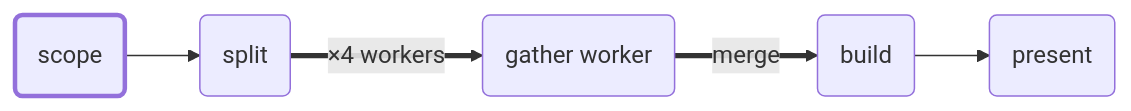
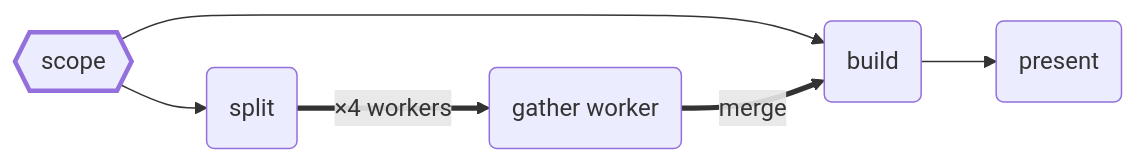
The diagram in docs/assets/agents/src/data-analyst.mmd (GEMISIS/leviath), drawn with Mermaid before and after one commit. The commit also changed 52 other files, not shown here.

```diff
--- a/docs/assets/agents/src/data-analyst.mmd
+++ b/docs/assets/agents/src/data-analyst.mmd
@@ -1,12 +1,13 @@
 flowchart LR
-    scope(scope)
+    scope{{scope}}
     split(split)
     gather_worker(gather worker)
     build(build)
     present(present)
     scope --> split
+    scope --> build
     split ==>|×4 workers| gather_worker
     gather_worker ==>|merge| build
     build --> present
     classDef entry stroke-width:3px
     class scope entry
```
